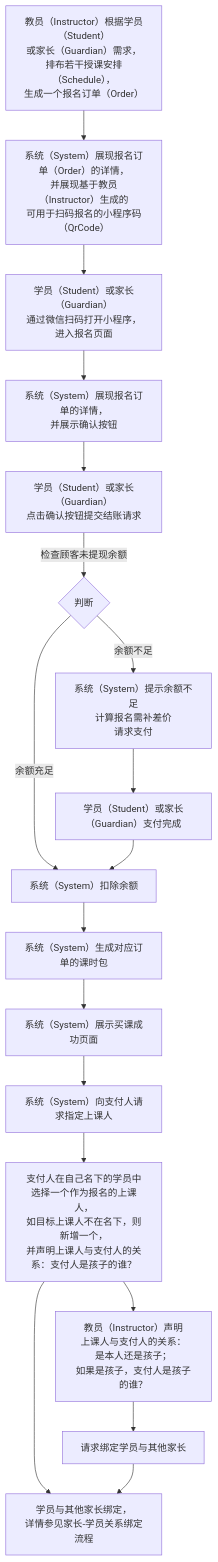
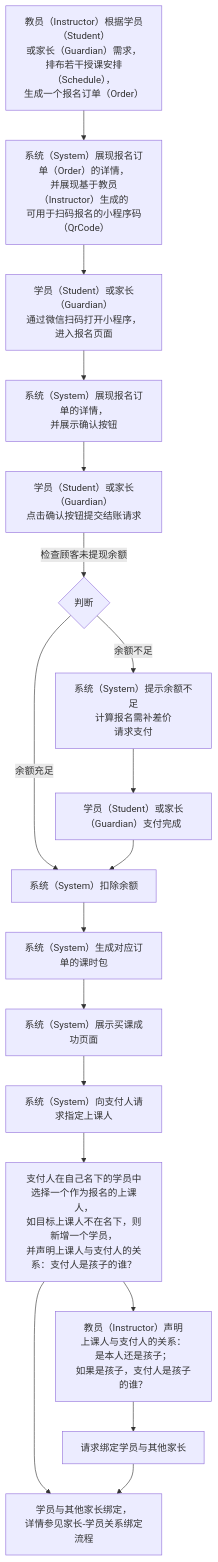
Before and after one commit to world-wide-web/sign: the diagram in 用例/报名.md, drawn with Mermaid. The commit also changed other lines of this file, not shown here.

````diff
--- a/用例/报名.md
+++ b/用例/报名.md
@@ -7,53 +7,53 @@
 ```mermaid
 graph TD
 
 生成报名订单-->生成报名码
 生成报名码-->扫码报名
 扫码报名-->展现报名订单
 展现报名订单-->确认并提交结账请求
 确认并提交结账请求--检查顾客未提现余额-->检查顾客未提现余额
 检查顾客未提现余额--余额充足-->扣除余额
 检查顾客未提现余额--余额不足-->请求支付
 请求支付-->支付完成
 支付完成-->扣除余额
 扣除余额-->生成课时包
 生成课时包-->提示买课成功
 提示买课成功-->请求身份声明
 请求身份声明-->指定上课人
 指定上课人-->教员代理身份声明
 教员代理身份声明-->请求绑定学员与其他家长
 指定上课人-->学员与其他家长绑定
 请求绑定学员与其他家长-->学员与其他家长绑定
 
 生成报名订单["<center>教员（Instructor）根据学员（Student）<br>或家长（Guardian）需求，<br>排布若干授课安排（Schedule），<br>生成一个报名订单（Order）</center>"]
 
 生成报名码["<center>系统（System）展现报名订单（Order）的详情，<br>并展现基于教员（Instructor）生成的<br>可用于扫码报名的小程序码（QrCode）</center>"]
 
 扫码报名["<center>学员（Student）或家长（Guardian）<br>通过微信扫码打开小程序，进入报名页面</center>"]
 
 展现报名订单["<center>系统（System）展现报名订单的详情，<br>并展示确认按钮</center>"]
 
 确认并提交结账请求["<center>学员（Student）或家长（Guardian）<br>点击确认按钮提交结账请求</center>"]
 
 检查顾客未提现余额{判断}
 
 请求支付["<center>系统（System）提示余额不足<br>计算报名需补差价<br>请求支付</center>"]
 
 支付完成["<center>学员（Student）或家长（Guardian）支付完成</center>"]
 
 扣除余额["<center>系统（System）扣除余额</center>"]
 
 生成课时包["<center>系统（System）生成对应订单的课时包</center>"]
 
 提示买课成功["<center>系统（System）展示买课成功页面</center>"]
 
 请求身份声明["<center>系统（System）向支付人请求指定上课人</center>"]
 
-指定上课人["<center>支付人在自己名下的学员中选择一个作为报名的上课人，<br>如目标上课人不在名下，则新增一个，<br>并声明上课人与支付人的关系：支付人是孩子的谁？</center>"]
+指定上课人["<center>支付人在自己名下的学员中选择一个作为报名的上课人，<br>如目标上课人不在名下，则新增一个学员，<br>并声明上课人与支付人的关系：支付人是孩子的谁？</center>"]
 
 教员代理身份声明["<center>教员（Instructor）声明<br>上课人与支付人的关系：<br>是本人还是孩子；<br>如果是孩子，支付人是孩子的谁？</center>"]
 
 请求绑定学员与其他家长
 
 学员与其他家长绑定["<center>学员与其他家长绑定，<br>详情参见家长-学员关系绑定流程</center>"]
 ```
````
